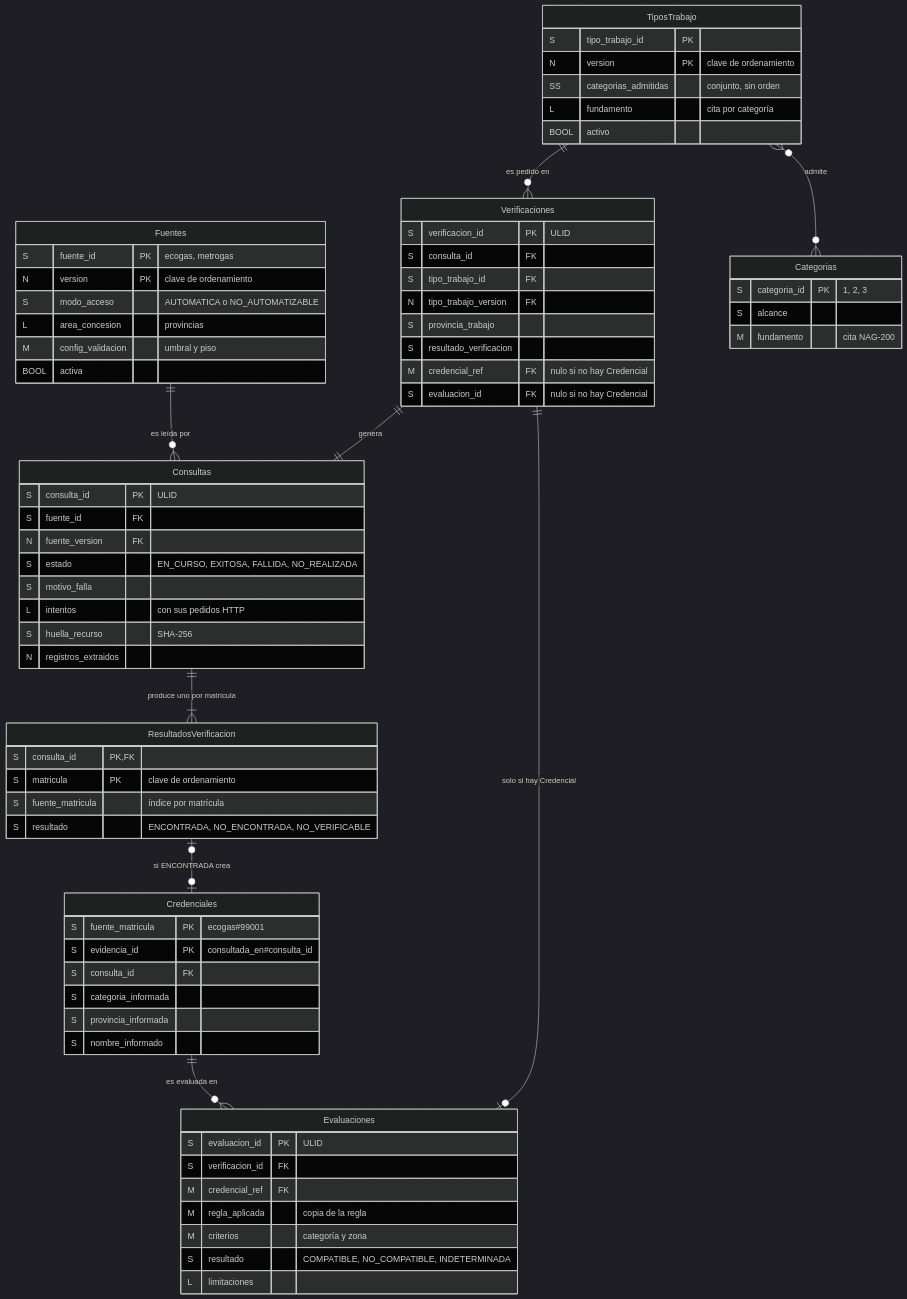
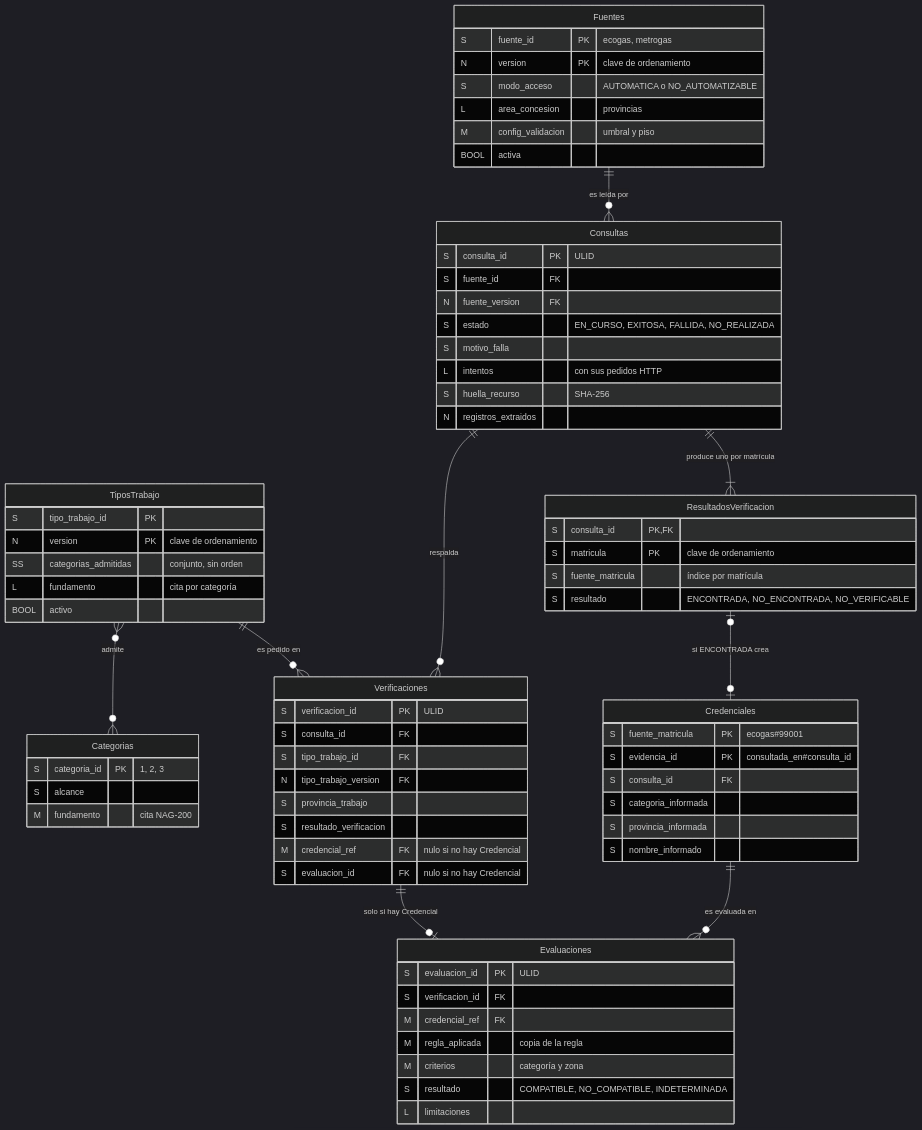
Before and after one commit to IvanDaniliuk01/MatriculAR: the first of 2 diagrams in database/README.md, drawn with Mermaid (dark theme). The commit also changed other lines of this file and 18 other files, not shown here.

````diff
--- a/database/README.md
+++ b/database/README.md
@@ -71,75 +71,75 @@
 ```mermaid
 erDiagram
     Fuentes {
         S fuente_id PK "ecogas, metrogas"
         N version PK "clave de ordenamiento"
         S modo_acceso "AUTOMATICA o NO_AUTOMATIZABLE"
         L area_concesion "provincias"
         M config_validacion "umbral y piso"
         BOOL activa
     }
     Categorias {
         S categoria_id PK "1, 2, 3"
         S alcance
         M fundamento "cita NAG-200"
     }
     TiposTrabajo {
         S tipo_trabajo_id PK
         N version PK "clave de ordenamiento"
         SS categorias_admitidas "conjunto, sin orden"
         L fundamento "cita por categoría"
         BOOL activo
     }
     Consultas {
         S consulta_id PK "ULID"
         S fuente_id FK
         N fuente_version FK
         S estado "EN_CURSO, EXITOSA, FALLIDA, NO_REALIZADA"
         S motivo_falla
         L intentos "con sus pedidos HTTP"
         S huella_recurso "SHA-256"
         N registros_extraidos
     }
     ResultadosVerificacion {
         S consulta_id PK, FK
         S matricula PK "clave de ordenamiento"
         S fuente_matricula "índice por matrícula"
         S resultado "ENCONTRADA, NO_ENCONTRADA, NO_VERIFICABLE"
     }
     Credenciales {
         S fuente_matricula PK "ecogas#99001"
         S evidencia_id PK "consultada_en#consulta_id"
         S consulta_id FK
         S categoria_informada
         S provincia_informada
         S nombre_informado
     }
     Verificaciones {
         S verificacion_id PK "ULID"
         S consulta_id FK
         S tipo_trabajo_id FK
         N tipo_trabajo_version FK
         S provincia_trabajo
         S resultado_verificacion
         M credencial_ref FK "nulo si no hay Credencial"
         S evaluacion_id FK "nulo si no hay Credencial"
     }
     Evaluaciones {
         S evaluacion_id PK "ULID"
         S verificacion_id FK
         M credencial_ref FK
         M regla_aplicada "copia de la regla"
         M criterios "categoría y zona"
         S resultado "COMPATIBLE, NO_COMPATIBLE, INDETERMINADA"
         L limitaciones
     }
 
     Fuentes ||--o{ Consultas : "es leída por"
     Consultas ||--|{ ResultadosVerificacion : "produce uno por matrícula"
     ResultadosVerificacion |o--o| Credenciales : "si ENCONTRADA crea"
-    Verificaciones ||--|| Consultas : "genera"
+    Consultas ||--o{ Verificaciones : "respalda"
     TiposTrabajo ||--o{ Verificaciones : "es pedido en"
     Verificaciones ||--o| Evaluaciones : "solo si hay Credencial"
     Credenciales ||--o{ Evaluaciones : "es evaluada en"
     TiposTrabajo }o--o{ Categorias : "admite"
 ```
````
